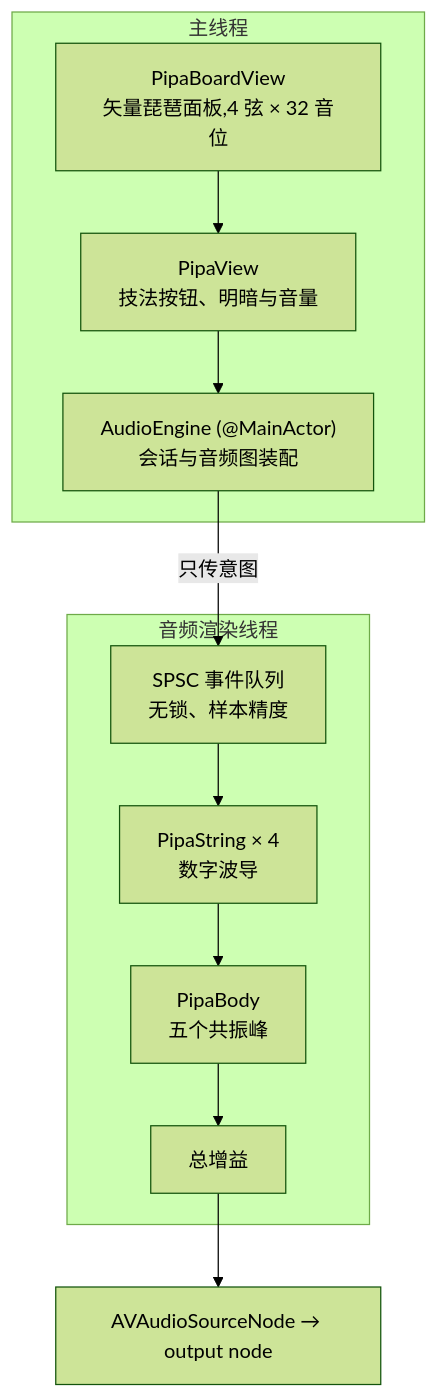
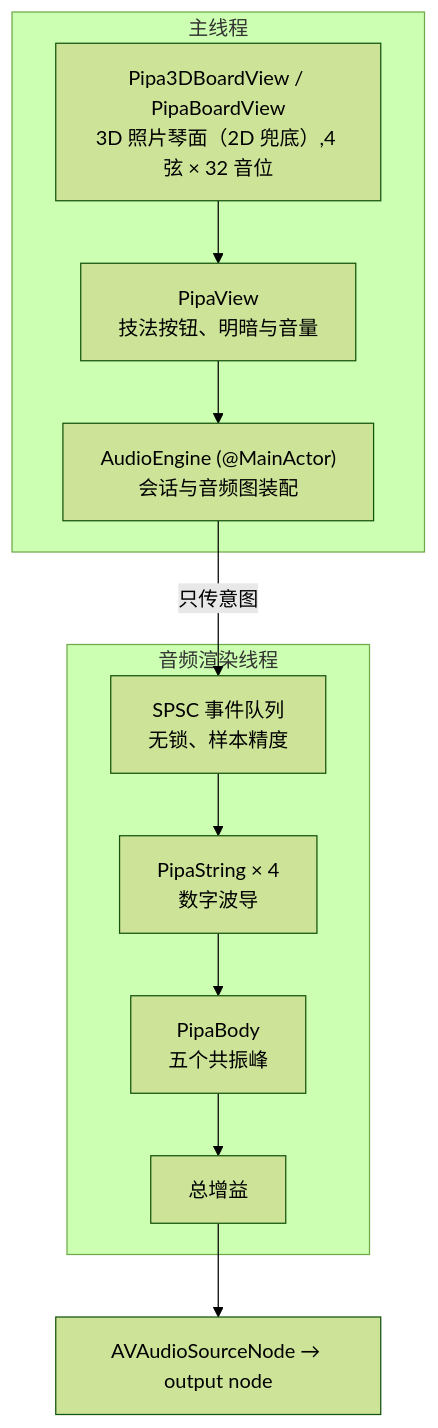
Before and after one commit to ZehuiWU2009/ElectricPipa: the second of 2 diagrams in README.md, drawn with Mermaid (forest theme). The commit also changed other lines of this file and 9 other files, not shown here.

````diff
--- a/README.md
+++ b/README.md
@@ -361,21 +383,21 @@
 ```mermaid
 flowchart TB
     subgraph MAIN ["主线程"]
-        U1["PipaBoardView<br/>矢量琵琶面板,4 弦 × 32 音位"]
+        U1["Pipa3DBoardView / PipaBoardView<br/>3D 照片琴面（2D 兜底）,4 弦 × 32 音位"]
         U2["PipaView<br/>技法按钮、明暗与音量"]
         U3["AudioEngine (@MainActor)<br/>会话与音频图装配"]
     end
     subgraph AUDIO ["音频渲染线程"]
         Q["SPSC 事件队列<br/>无锁、样本精度"]
         S1["PipaString × 4<br/>数字波导"]
         B["PipaBody<br/>五个共振峰"]
         G["总增益"]
     end
     U1 --> U2
     U2 --> U3
     U3 -->|"只传意图"| Q
     Q --> S1
     S1 --> B
     B --> G
     G --> OUT["AVAudioSourceNode → output node"]
 ```
````
